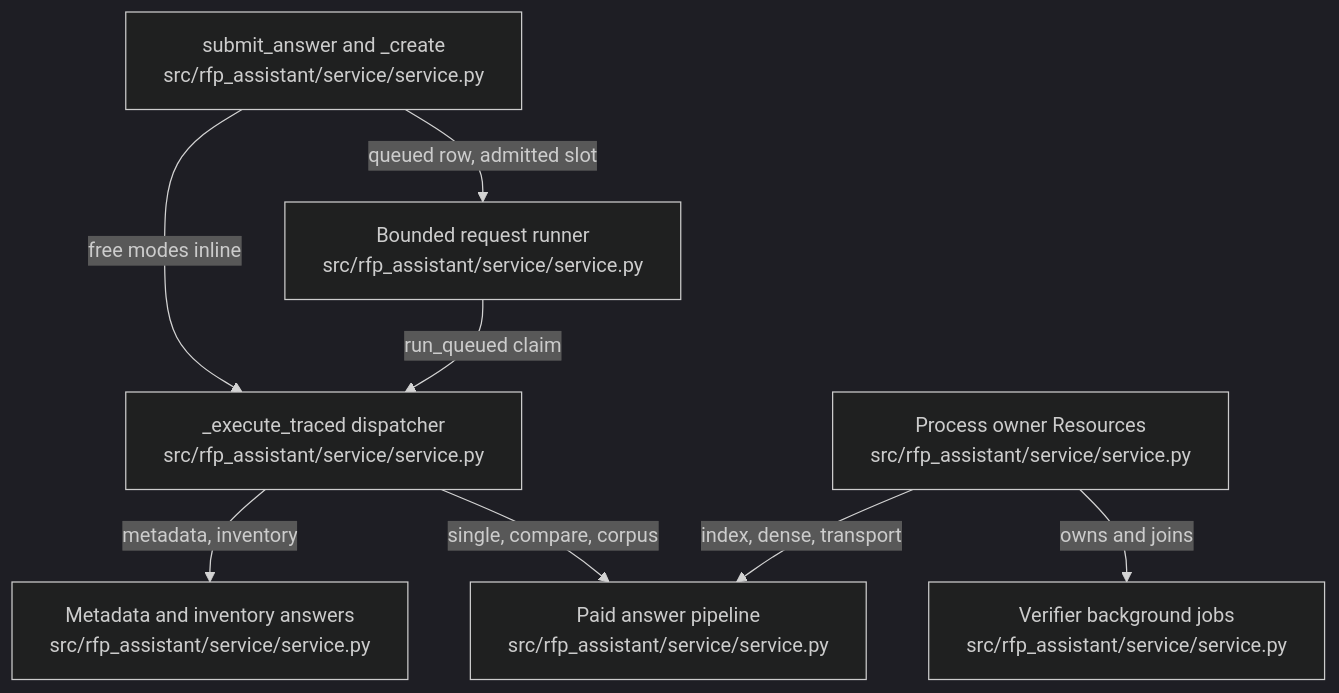
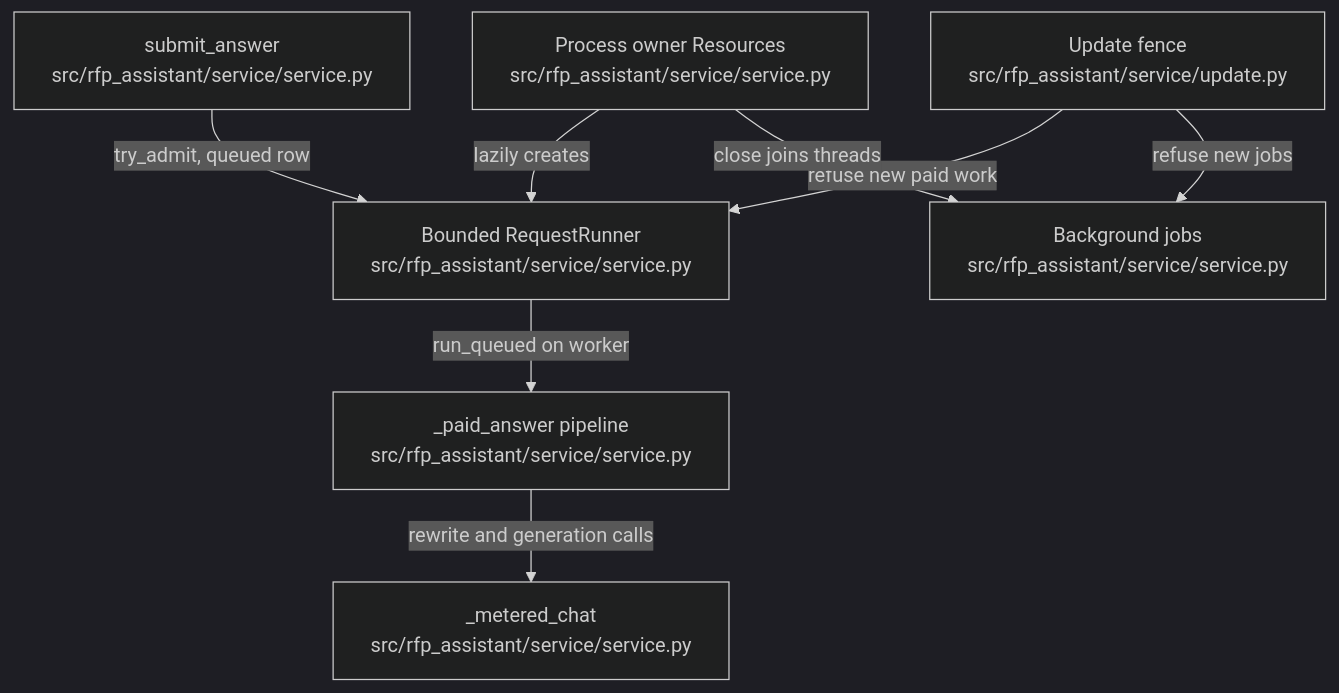
The diagram in .omm/overall-architecture/service-core/diagram.mmd (littleeeeebit/project-codeit-mid), drawn with Mermaid (dark theme) before and after one commit. The commit also changed 404 other files, not shown here.

```diff
--- a/.omm/overall-architecture/service-core/diagram.mmd
+++ b/.omm/overall-architecture/service-core/diagram.mmd
@@ -1,15 +1,8 @@
 graph TD
-  resources["Process owner Resources\nsrc/rfp_assistant/service/service.py"]
-  submit["submit_answer and _create\nsrc/rfp_assistant/service/service.py"]
-  runner["Bounded request runner\nsrc/rfp_assistant/service/service.py"]
-  execute["_execute_traced dispatcher\nsrc/rfp_assistant/service/service.py"]
-  free-answers["Metadata and inventory answers\nsrc/rfp_assistant/service/service.py"]
-  paid-answer["Paid answer pipeline\nsrc/rfp_assistant/service/service.py"]
-  background-jobs["Verifier background jobs\nsrc/rfp_assistant/service/service.py"]
-  submit -->|queued row, admitted slot| runner
-  submit -->|free modes inline| execute
-  runner -->|run_queued claim| execute
-  execute -->|metadata, inventory| free-answers
-  execute -->|single, compare, corpus| paid-answer
-  resources -->|index, dense, transport| paid-answer
-  resources -->|owns and joins| background-jobs
+  resources-owner["Process owner Resources\nsrc/rfp_assistant/service/service.py"] -->|"lazily creates"| request-runner["Bounded RequestRunner\nsrc/rfp_assistant/service/service.py"]
+  submit-answer["submit_answer\nsrc/rfp_assistant/service/service.py"] -->|"try_admit, queued row"| request-runner
+  request-runner -->|"run_queued on worker"| paid-answer["_paid_answer pipeline\nsrc/rfp_assistant/service/service.py"]
+  paid-answer -->|"rewrite and generation calls"| metered-chat["_metered_chat\nsrc/rfp_assistant/service/service.py"]
+  update-fence["Update fence\nsrc/rfp_assistant/service/update.py"] -->|"refuse new paid work"| request-runner
+  update-fence -->|"refuse new jobs"| background-jobs["Background jobs\nsrc/rfp_assistant/service/service.py"]
+  resources-owner -->|"close joins threads"| background-jobs
```
